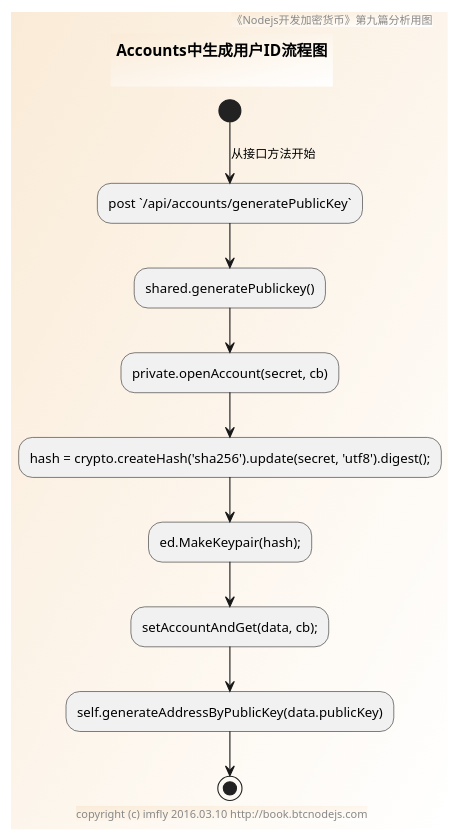
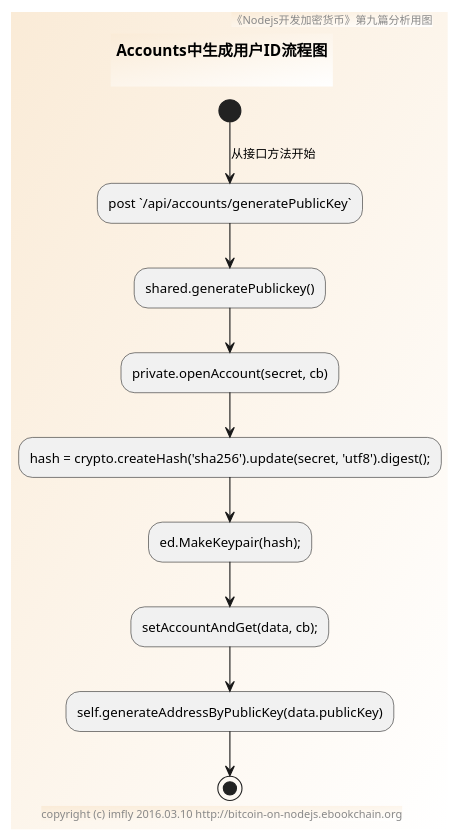
One commit to imfly/bitcoin-on-nodejs changed the diagram in sources/modules/crypto/activity.pu. Above: the diagram before and after it, drawn with PlantUML. The commit also changed 30 other files, not shown here.

```diff
--- a/sources/modules/crypto/activity.pu
+++ b/sources/modules/crypto/activity.pu
@@ -1,21 +1,21 @@
 @startuml ../../../styles/images/modules/crypto/activity.png
   skinparam BorderColor #blue\9932CC
   skinparam backgroundcolor AntiqueWhite/white
 
   title
   Accounts中生成用户ID流程图
 
   end title
 
-  footer copyright (c) imfly 2016.03.10 http://book.btcnodejs.com
+  footer copyright (c) imfly 2016.03.10 http://bitcoin-on-nodejs.ebookchain.org
   header 《Nodejs开发加密货币》第九篇分析用图
 
   (*) --> [从接口方法开始] "post `/api/accounts/generatePublicKey`"
   --> shared.generatePublickey()
   --> private.openAccount(secret, cb)
   --> hash = crypto.createHash('sha256').update(secret, 'utf8').digest();
   --> ed.MakeKeypair(hash);
   --> setAccountAndGet(data, cb);
   --> self.generateAddressByPublicKey(data.publicKey)
   --> (*)
 @enduml
```
